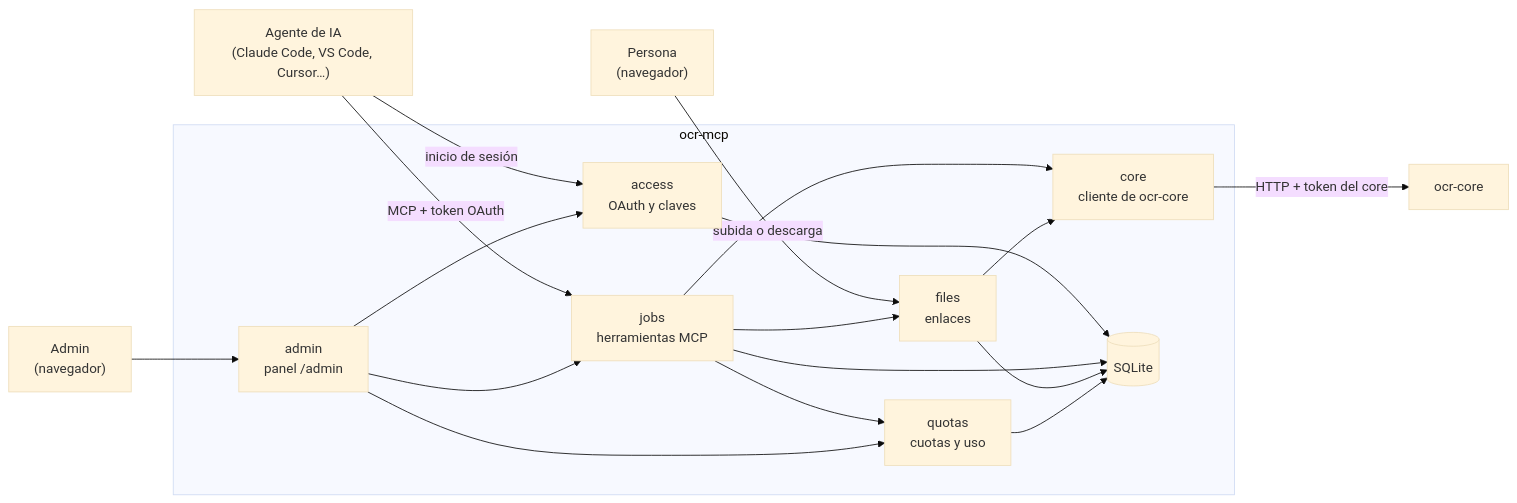
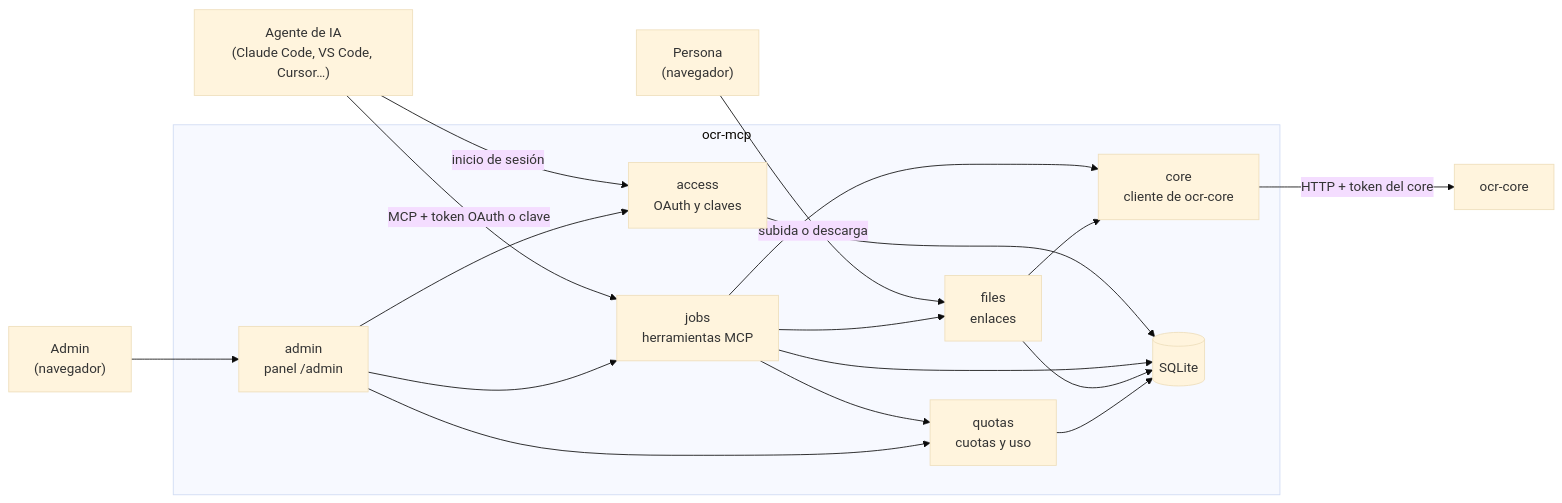
One commit to benjy2976/ocr-mcp changed the first of 2 diagrams in docs/arquitectura.md. Above: the diagram before and after it, drawn with Mermaid (base theme). The commit also changed other lines of this file and 33 other files, not shown here.

First line of the commit message:
Acepta la clave como token Bearer y entrega claves públicas sin OAuth

````diff
--- a/docs/arquitectura.md
+++ b/docs/arquitectura.md
@@ -31,33 +31,33 @@
 ```mermaid
 flowchart LR
     agente["Agente de IA<br/>(Claude Code, VS Code, Cursor…)"]
     persona["Persona<br/>(navegador)"]
     admin["Admin<br/>(navegador)"]
     subgraph mcp["ocr-mcp"]
         access["access<br/>OAuth y claves"]
         jobs["jobs<br/>herramientas MCP"]
         files["files<br/>enlaces"]
         quotas["quotas<br/>cuotas y uso"]
         panel["admin<br/>panel /admin"]
         core["core<br/>cliente de ocr-core"]
         db[("SQLite")]
     end
     ocrcore["ocr-core"]
 
-    agente -- "MCP + token OAuth" --> jobs
+    agente -- "MCP + token OAuth o clave" --> jobs
     agente -- "inicio de sesión" --> access
     persona -- "subida o descarga" --> files
     admin --> panel
     jobs --> quotas
     jobs --> files
     jobs --> core
     files --> core
     core -- "HTTP + token del core" --> ocrcore
     access --> db
     jobs --> db
     files --> db
     quotas --> db
     panel --> access
     panel --> quotas
     panel --> jobs
 ```
````
